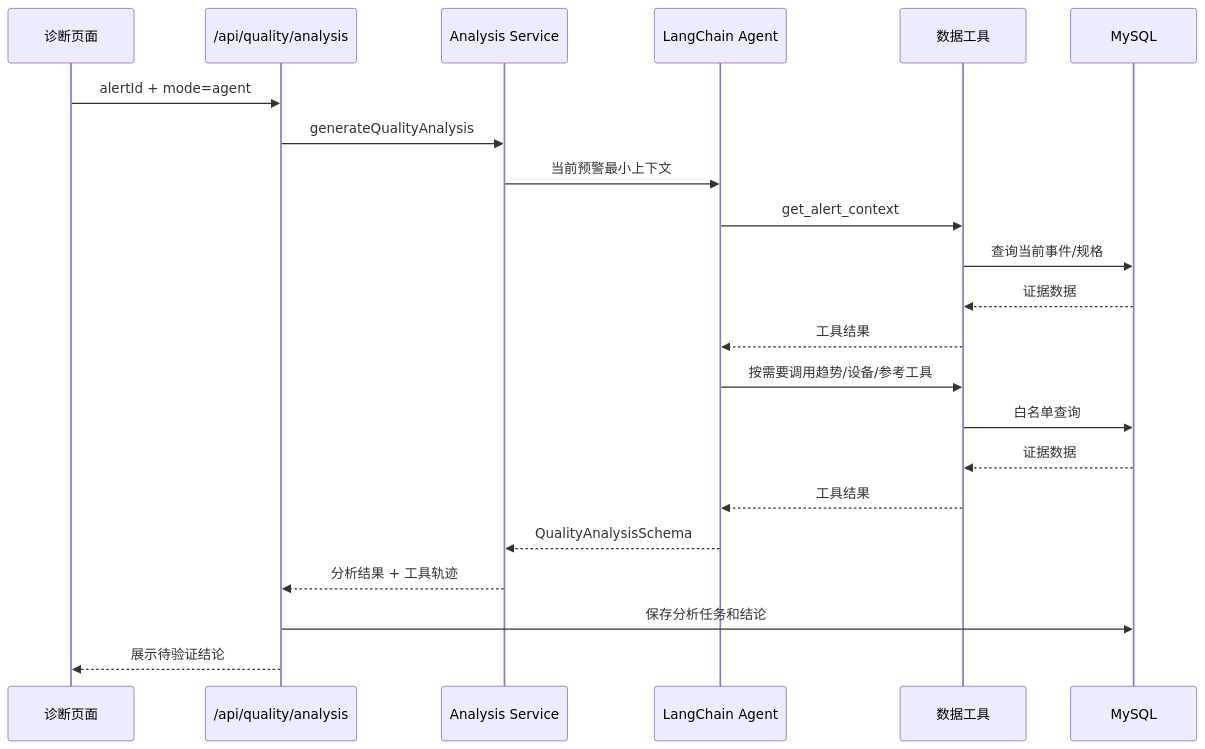
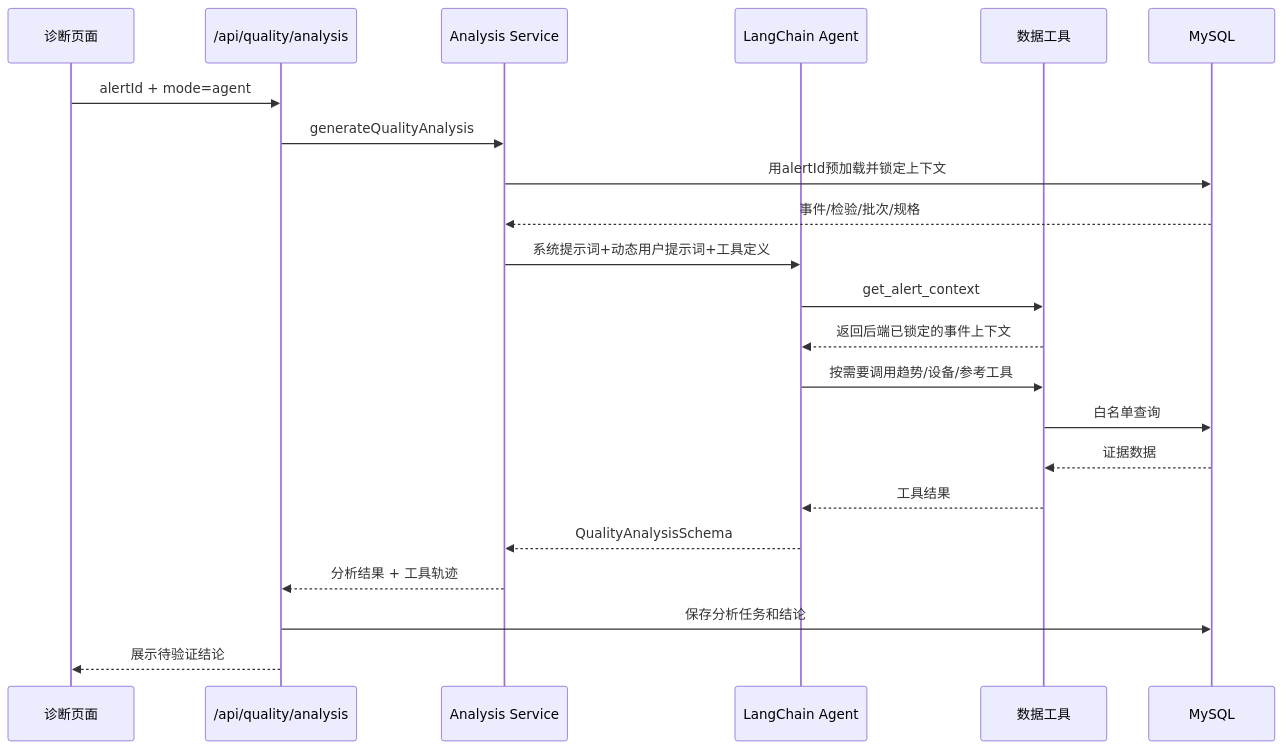
One commit to jsong2292-stack/PPR changed the third of 3 diagrams in code/doc/异常诊断Agent调用规则与分析逻辑.md. Above: the diagram before and after it, drawn with Mermaid. The commit also changed other lines of this file and 6 other files, not shown here.

````diff
--- a/code/doc/异常诊断Agent调用规则与分析逻辑.md
+++ b/code/doc/异常诊断Agent调用规则与分析逻辑.md
@@ -422,25 +632,25 @@
 ```mermaid
 sequenceDiagram
     participant UI as 诊断页面
     participant API as /api/quality/analysis
     participant S as Analysis Service
     participant A as LangChain Agent
     participant T as 数据工具
     participant DB as MySQL
 
     UI->>API: alertId + mode=agent
     API->>S: generateQualityAnalysis
-    S->>A: 当前预警最小上下文
+    S->>DB: 用alertId预加载并锁定上下文
+    DB-->>S: 事件/检验/批次/规格
+    S->>A: 系统提示词+动态用户提示词+工具定义
     A->>T: get_alert_context
-    T->>DB: 查询当前事件/规格
-    DB-->>T: 证据数据
-    T-->>A: 工具结果
+    T-->>A: 返回后端已锁定的事件上下文
     A->>T: 按需要调用趋势/设备/参考工具
     T->>DB: 白名单查询
     DB-->>T: 证据数据
     T-->>A: 工具结果
     A-->>S: QualityAnalysisSchema
     S-->>API: 分析结果 + 工具轨迹
     API->>DB: 保存分析任务和结论
     API-->>UI: 展示待验证结论
 ```
````
